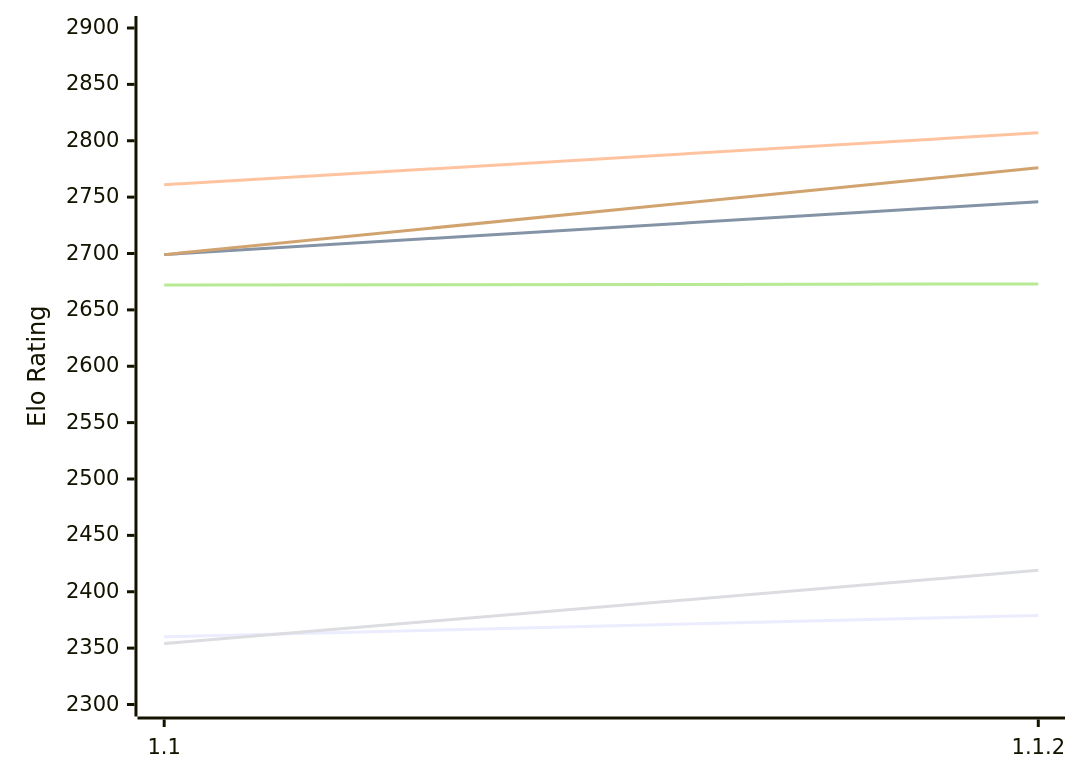
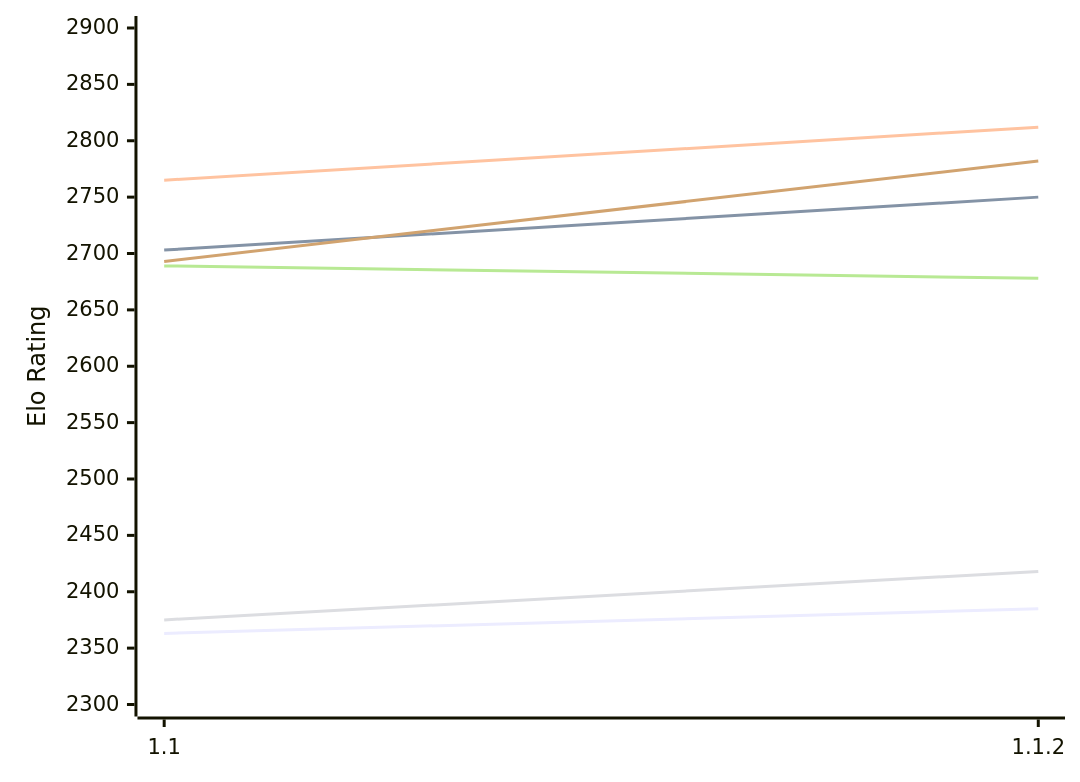
One commit to computer-chess-index/cci changed the first of 2 diagrams in engines/Casanchess.md. Above: the diagram before and after it, drawn with Mermaid. The commit also changed other lines of this file, not shown here.

Commit message:
Update CCI Ratings (ELO VLTC) - 2026-11-20

````diff
--- a/engines/Casanchess.md
+++ b/engines/Casanchess.md
@@ -51,12 +51,12 @@
 ```mermaid
 %%{init: {"theme":"base","themeVariables":{"seriesColors:['#a3a3a3','#222221','#faa371']}}}%%
 xychart-beta
   x-axis ["1.1", "1.1.2"]
   y-axis "Elo Rating" 2300 --> 2900
-  line "E1: STC (8.0+0.08s)" [2360, 2379]
-  line "E1: LTC (60.0+0.60s)" [2699, 2746]
-  line "E1: VLTC (2m24s+1.12s)" [2761, 2807]
-  line "P1: STC (8.0+0.08s)" [2354, 2419]
-  line "P1: LTC (60.0+0.60s)" [2672, 2673]
-  line "P1: VLTC (2m24s+1.12s)" [2699, 2776]
+  line "E1: STC (8.0+0.08s)" [2363, 2385]
+  line "E1: LTC (60.0+0.60s)" [2703, 2750]
+  line "E1: VLTC (2m24s+1.12s)" [2765, 2812]
+  line "P1: STC (8.0+0.08s)" [2375, 2418]
+  line "P1: LTC (60.0+0.60s)" [2689, 2678]
+  line "P1: VLTC (2m24s+1.12s)" [2693, 2782]
 ```
````
